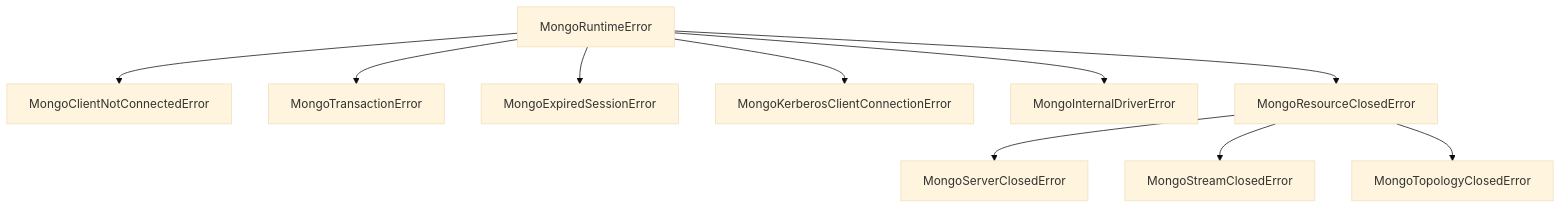
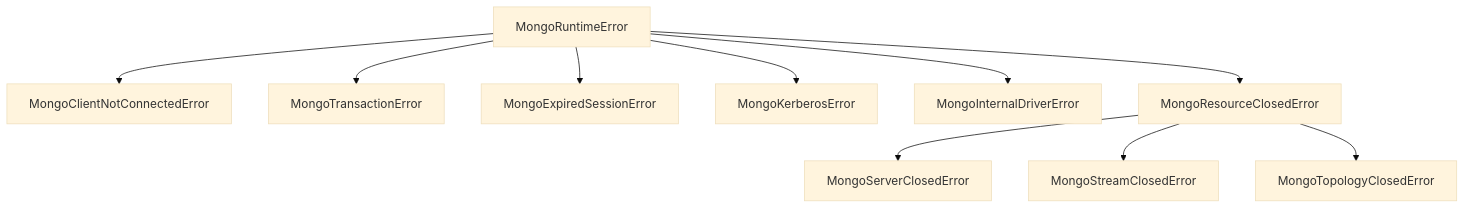
One commit to mongodb/node-mongodb-native changed the diagram in docs/charts/mermaid/MongoRuntimeError_2.mmd. Above: the diagram before and after it, drawn with Mermaid (base theme). The commit also changed 4 other files, not shown here.

Commit message:
fix: revise charts

```diff
--- a/docs/charts/mermaid/MongoRuntimeError_2.mmd
+++ b/docs/charts/mermaid/MongoRuntimeError_2.mmd
@@ -1,11 +1,11 @@
 graph TD
   MongoRuntimeError --> MongoClientNotConnectedError
   MongoRuntimeError --> MongoTransactionError
   MongoRuntimeError --> MongoExpiredSessionError
-  MongoRuntimeError --> MongoKerberosClientConnectionError
+  MongoRuntimeError --> MongoKerberosError
   MongoRuntimeError --> MongoInternalDriverError
   MongoRuntimeError --> MongoResourceClosedError
 
   MongoResourceClosedError --> MongoServerClosedError
   MongoResourceClosedError --> MongoStreamClosedError
   MongoResourceClosedError --> MongoTopologyClosedError
```
